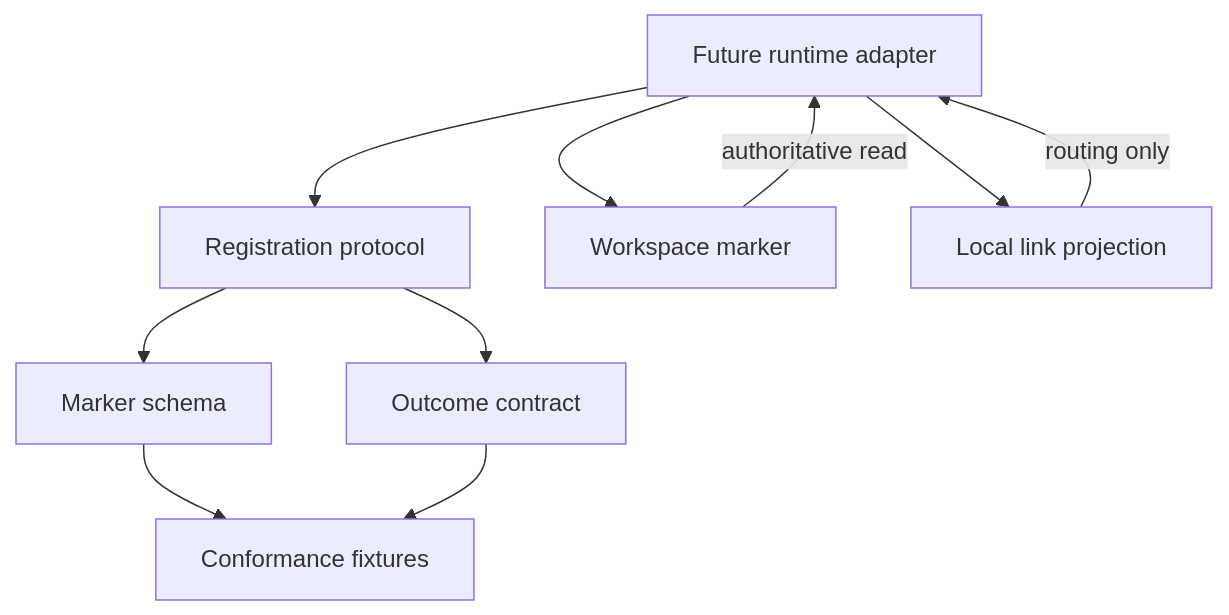
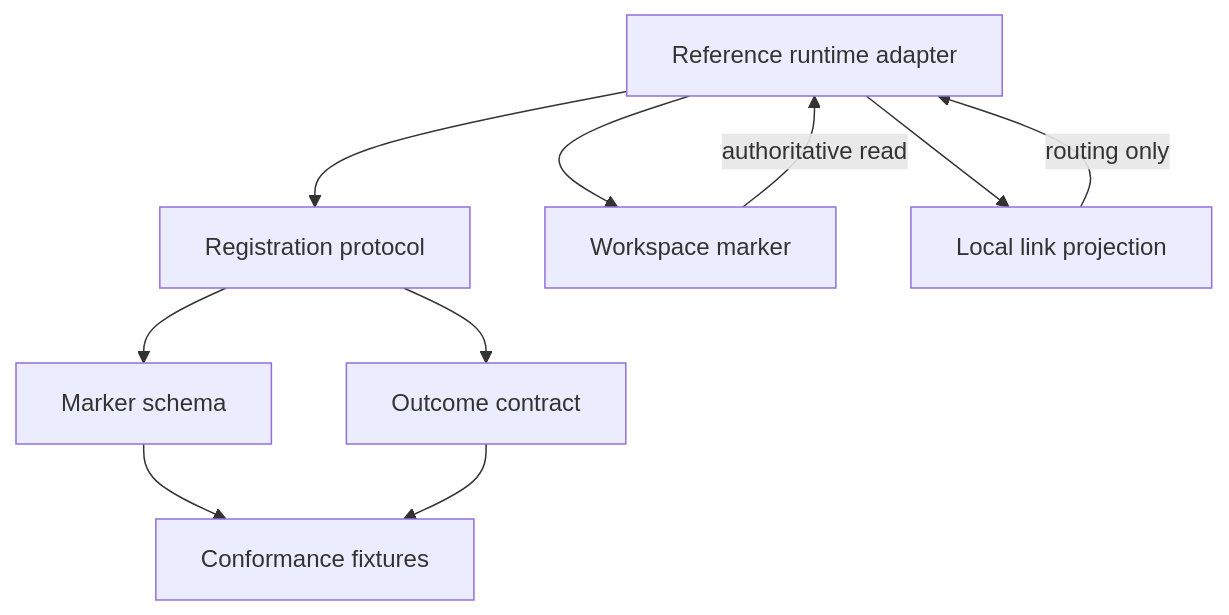
Before and after one commit to ryannmicua/arjim: the first of 3 diagrams in docs/plans/2026-08-01-001-feat-workstream-registration-discovery-plan.md, drawn with Mermaid. The commit also changed other lines of this file, not shown here.

````diff
--- a/docs/plans/2026-08-01-001-feat-workstream-registration-discovery-plan.md
+++ b/docs/plans/2026-08-01-001-feat-workstream-registration-discovery-plan.md
@@ -209,12 +211,12 @@
 ```mermaid
 flowchart TB
     P[Registration protocol] --> M[Marker schema]
     P --> O[Outcome contract]
     M --> F[Conformance fixtures]
     O --> F
-    A[Future runtime adapter] --> P
+    A[Reference runtime adapter] --> P
     A --> W[Workspace marker]
     A --> L[Local link projection]
     W -->|authoritative read| A
     L -->|routing only| A
 ```
````
